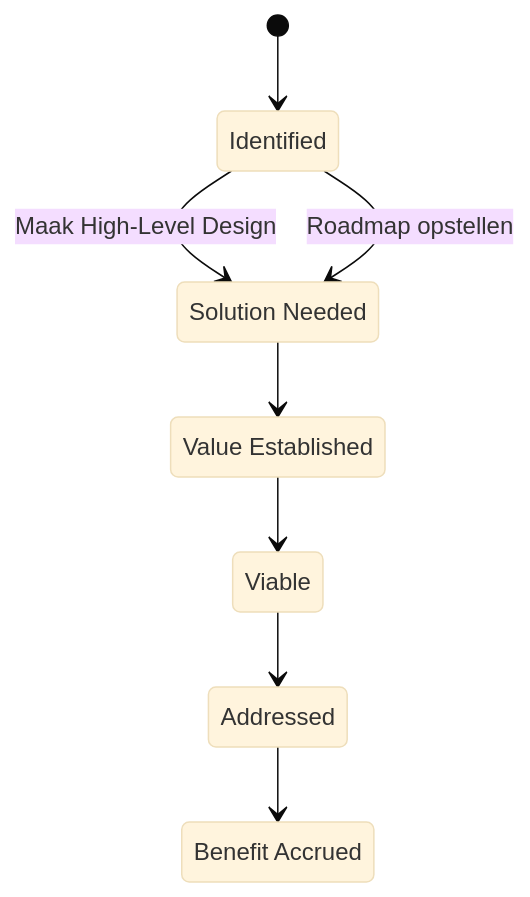
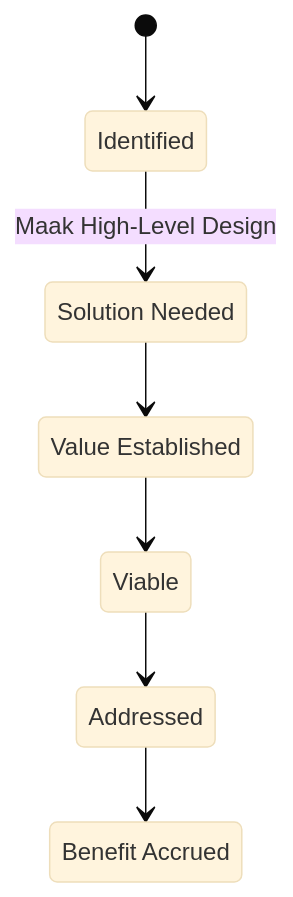
Before and after one commit to hietkamp/hietkamp.github.io: the diagram in essence/method/diagrams/opportunity.mmd, drawn with Mermaid (base theme). The commit also changed 49 other files, not shown here.

```diff
--- a/essence/method/diagrams/opportunity.mmd
+++ b/essence/method/diagrams/opportunity.mmd
@@ -1,18 +1,17 @@
 %% State diagram: Opportunity (essence-kernel#Opportunity)
 %% Kernel-alpha; alleen de states die in deze werkwijze daadwerkelijk gebruikt worden
 %% zijn gekoppeld aan een activiteit.
 stateDiagram-v2
     Identified: Identified
     SolutionNeeded: Solution Needed
     ValueEstablished: Value Established
     Viable: Viable
     Addressed: Addressed
     BenefitAccrued: Benefit Accrued
 
     [*] --> Identified
     Identified --> SolutionNeeded : Maak High-Level Design
-    Identified --> SolutionNeeded : Roadmap opstellen
     SolutionNeeded --> ValueEstablished
     ValueEstablished --> Viable
     Viable --> Addressed
     Addressed --> BenefitAccrued
```
